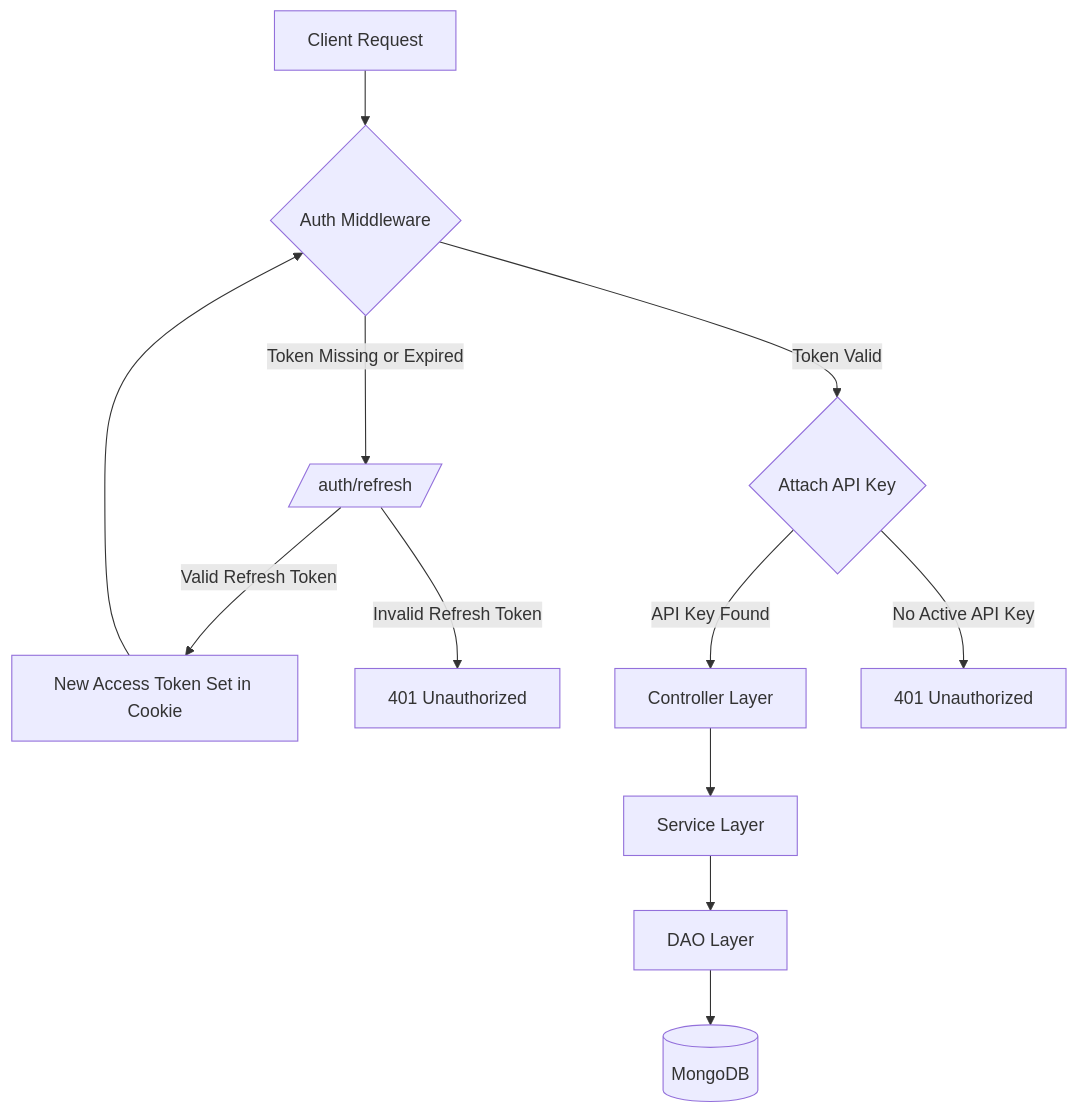
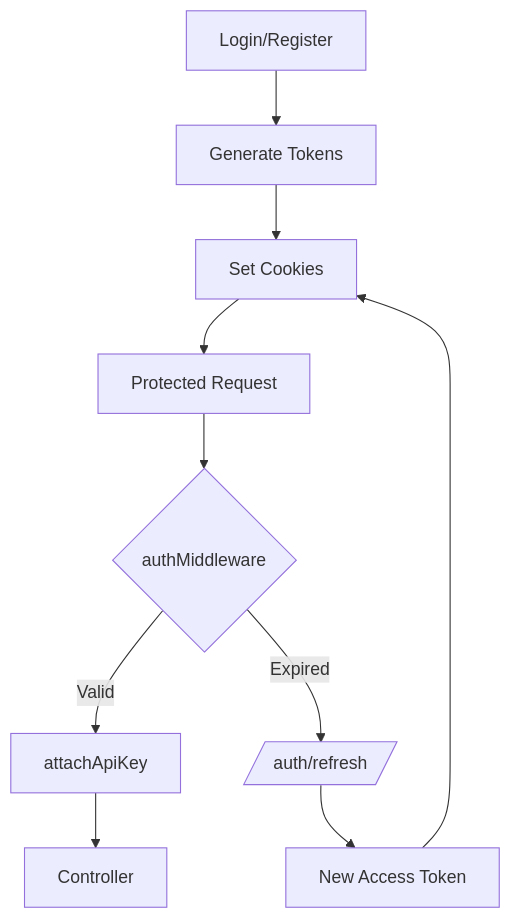
One commit to Soumipal56/AlertForge changed the diagram in AlertForge/Backend/status/AUTH_FLOW.md. Above: the diagram before and after it, drawn with Mermaid. The commit also changed other lines of this file and 8 other files, not shown here.

First line of the commit message:
feat(auth): implement cookie-based JWT authentication for socket connections and enforce user-scoped API key access

````diff
--- a/AlertForge/Backend/status/AUTH_FLOW.md
+++ b/AlertForge/Backend/status/AUTH_FLOW.md
@@ -17,14 +55,14 @@
 ```mermaid
 flowchart TD
-    A[Client Request] --> B{Auth Middleware}
-    B -- Token Valid --> C{Attach API Key}
-    B -- Token Missing or Expired --> D[/auth/refresh/]
-    D -- Valid Refresh Token --> E[New Access Token Set in Cookie]
-    E --> B
-    D -- Invalid Refresh Token --> F[401 Unauthorized]
-    C -- API Key Found --> G[Controller Layer]
-    C -- No Active API Key --> H[401 Unauthorized]
-    G --> I[Service Layer]
-    I --> J[DAO Layer]
-    J --> K[(MongoDB)]
+    A[Login/Register] --> B[Generate Tokens]
+    B --> C[Set Cookies]
+    C --> D[Protected Request]
+    D --> E{authMiddleware}
+  
+    E -->|Valid| F[attachApiKey]
+    F --> G[Controller]
+  
+    E -->|Expired| H[/auth/refresh/]
+    H --> I[New Access Token]
+    I --> C
 ```
````
